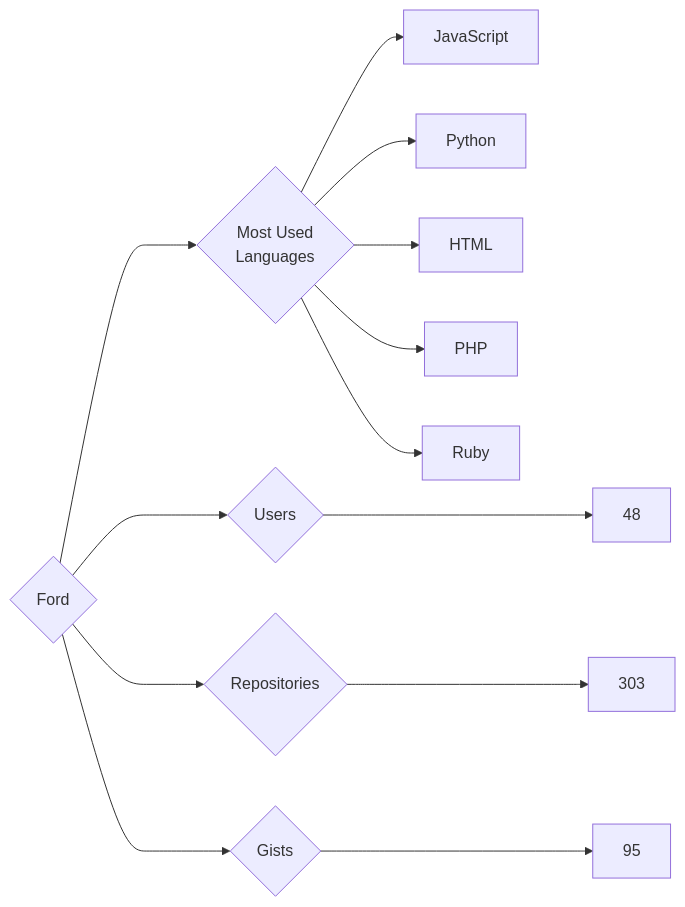
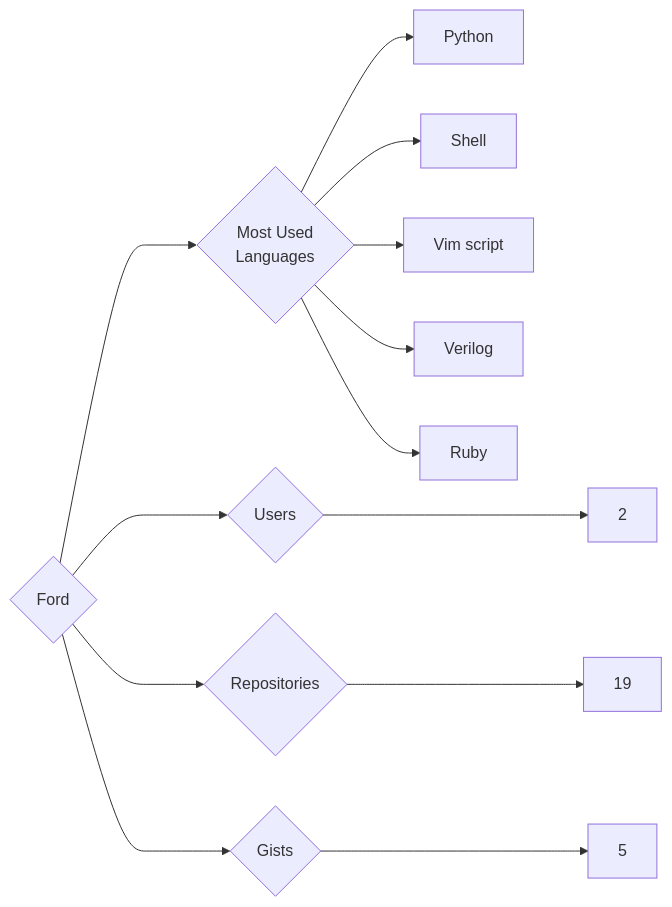
One commit to trickest/insiders changed the diagram in targets/Ford/README.md. Above: the diagram before and after it, drawn with Mermaid. The commit also changed 847 other files, not shown here.

````diff
--- a/targets/Ford/README.md
+++ b/targets/Ford/README.md
@@ -3,13 +3,13 @@
 ```mermaid
 graph LR
 COMPANY_NAME{Ford}
-COMPANY_NAME ---> U{Users} ---> UN[48]
-COMPANY_NAME ---> R{Repositories} ---> RN[303]
-COMPANY_NAME ---> G{Gists} ---> GN[95]
+COMPANY_NAME ---> U{Users} ---> UN[2]
+COMPANY_NAME ---> R{Repositories} ---> RN[19]
+COMPANY_NAME ---> G{Gists} ---> GN[5]
 COMPANY_NAME ---> ML{Most Used<br>Languages}
-ML --> JavaScript[JavaScript]
 ML --> Python[Python]
-ML --> HTML[HTML]
-ML --> PHP[PHP]
+ML --> Shell[Shell]
+ML --> Vim_script[Vim script]
+ML --> Verilog[Verilog]
 ML --> Ruby[Ruby]
 ```
````
